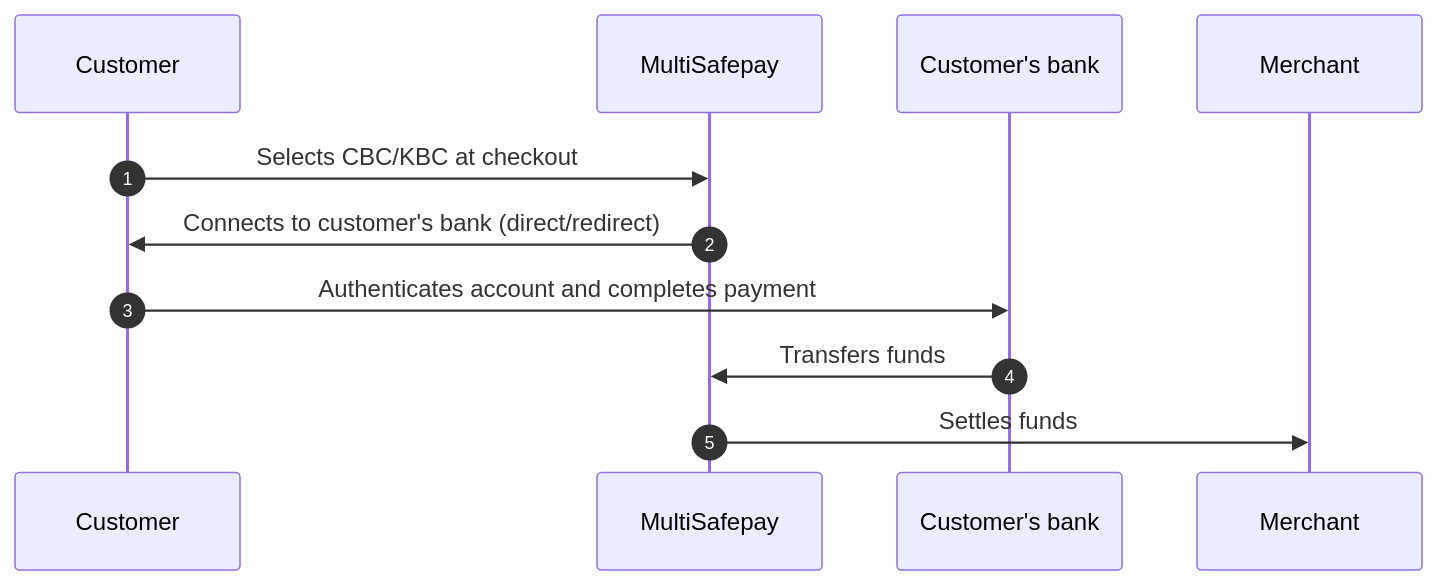
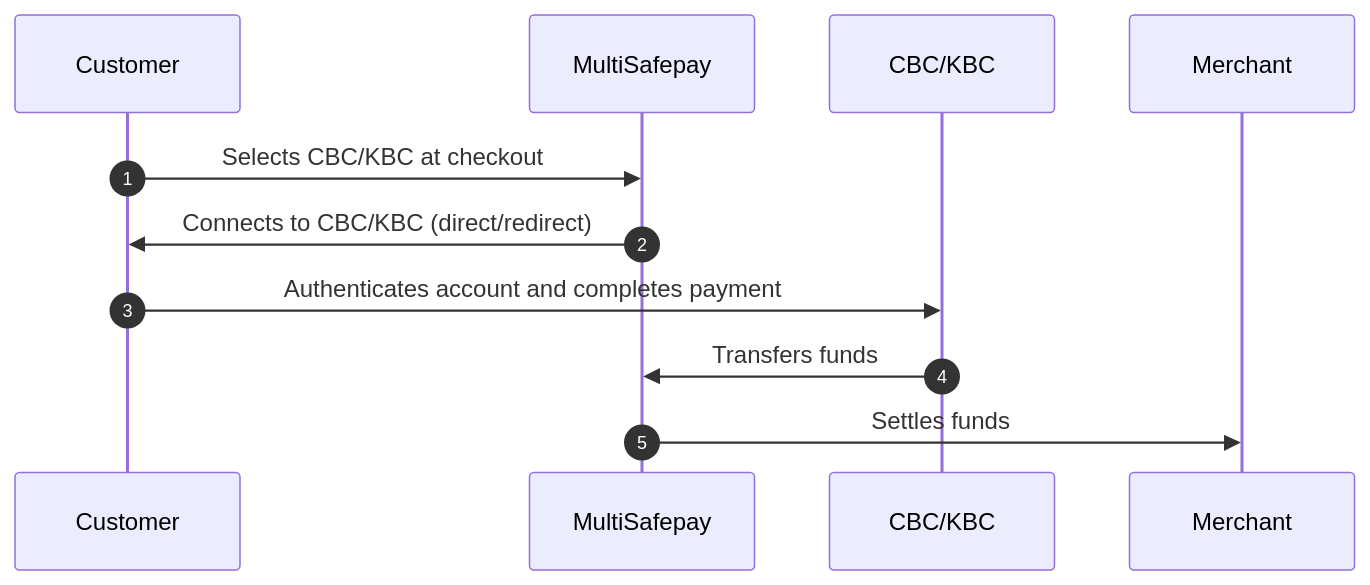
Before and after one commit to MultiSafepay/docs: the diagram in content/payments/methods/banks/cbc-kbc/payment-flow.md, drawn with Mermaid. The commit also changed other lines of this file and 37 other files, not shown here.

```diff
--- a/content/payments/methods/banks/cbc-kbc/payment-flow.md
+++ b/content/payments/methods/banks/cbc-kbc/payment-flow.md
@@ -19,16 +19,16 @@
 {{< mermaid class="text-center" >}}
 
 sequenceDiagram
     autonumber
     participant C as Customer
     participant Mu as MultiSafepay
-    participant CB as Customer's bank
+    participant CK as CBC/KBC
     participant Me as Merchant
 
     C->>Mu: Selects CBC/KBC at checkout
-    Mu->>C: Connects to customer's bank (direct/redirect)
-    C->>CB: Authenticates account and completes payment
-    CB->>Mu: Transfers funds 
+    Mu->>C: Connects to CBC/KBC (direct/redirect)
+    C->>CK: Authenticates account and completes payment
+    CK->>Mu: Transfers funds 
     Mu->>Me: Settles funds
 
 {{< /mermaid >}}
```
